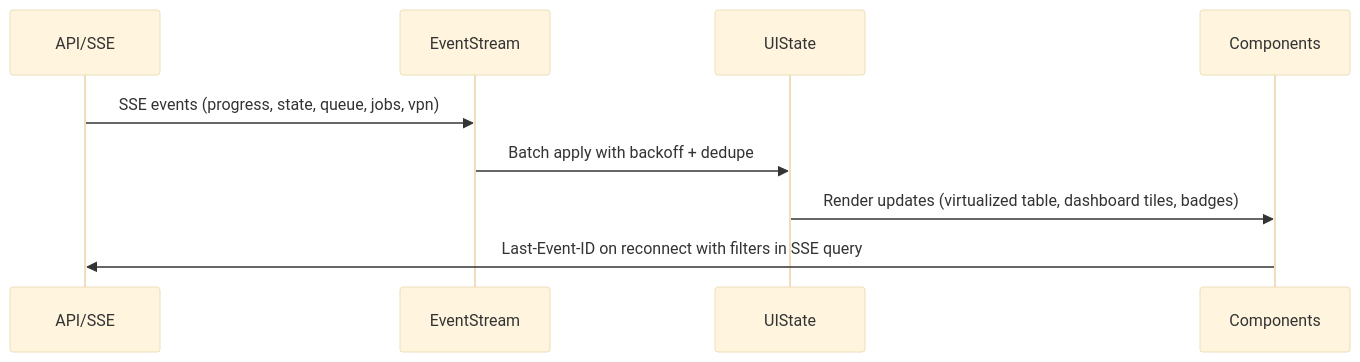
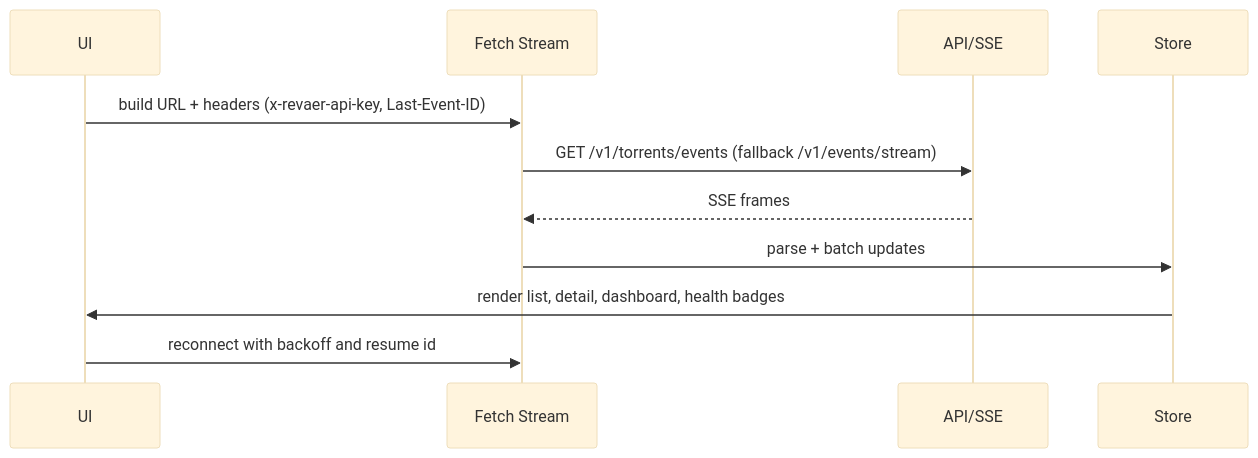
Before and after one commit to VannaDii/Revaer: the third of 4 diagrams in docs/ui/flows.md, drawn with Mermaid (base theme). The commit also changed other lines of this file and 18 other files, not shown here.

````diff
--- a/docs/ui/flows.md
+++ b/docs/ui/flows.md
@@ -46,12 +53,14 @@
 ```mermaid
 sequenceDiagram
+    participant UI as UI
+    participant Fetch as Fetch Stream
     participant API as API/SSE
-    participant Stream as EventStream
-    participant State as UIState
-    participant UI as Components
+    participant State as Store
 
-    API->>Stream: SSE events (progress, state, queue, jobs, vpn)
-    Stream->>State: Batch apply with backoff + dedupe
-    State->>UI: Render updates (virtualized table, dashboard tiles, badges)
-    UI->>API: Last-Event-ID on reconnect with filters in SSE query
+    UI->>Fetch: build URL + headers (x-revaer-api-key, Last-Event-ID)
+    Fetch->>API: GET /v1/torrents/events (fallback /v1/events/stream)
+    API-->>Fetch: SSE frames
+    Fetch->>State: parse + batch updates
+    State->>UI: render list, detail, dashboard, health badges
+    UI->>Fetch: reconnect with backoff and resume id
 ```
````
